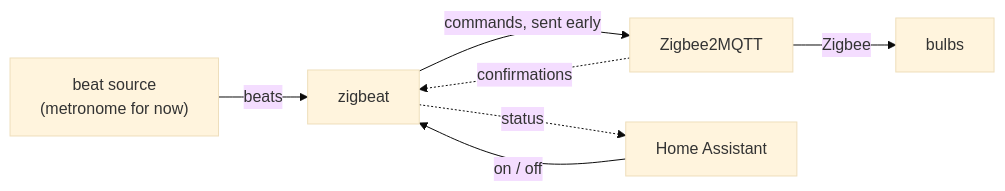
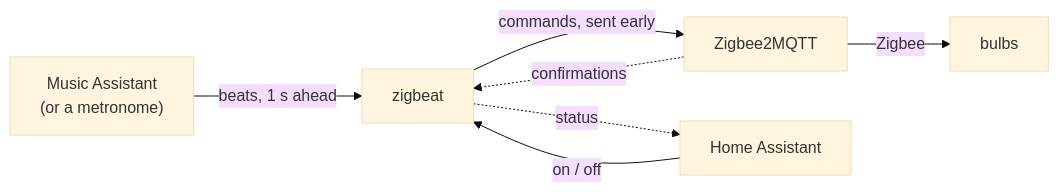
One commit to siemenvdn/zigbeat changed the diagram in README.md. Above: the diagram before and after it, drawn with Mermaid (base theme). The commit also changed other lines of this file and 3 other files, not shown here.

Commit message:
document music assistant as the beat source, calibration and zigbeat beats; collect ideas in IDEAS.md

````diff
--- a/README.md
+++ b/README.md
@@ -25,9 +26,9 @@
 ```mermaid
 flowchart LR
-  beat["beat source<br/>(metronome for now)"] -->|beats| zigbeat
+  beat["Music Assistant<br/>(or a metronome)"] -->|beats, 1 s ahead| zigbeat
   zigbeat -->|commands, sent early| z2m[Zigbee2MQTT]
   z2m -->|Zigbee| bulbs
   z2m -.->|confirmations| zigbeat
   ha[Home Assistant] -->|on / off| zigbeat
   zigbeat -.->|status| ha
 ```
````
